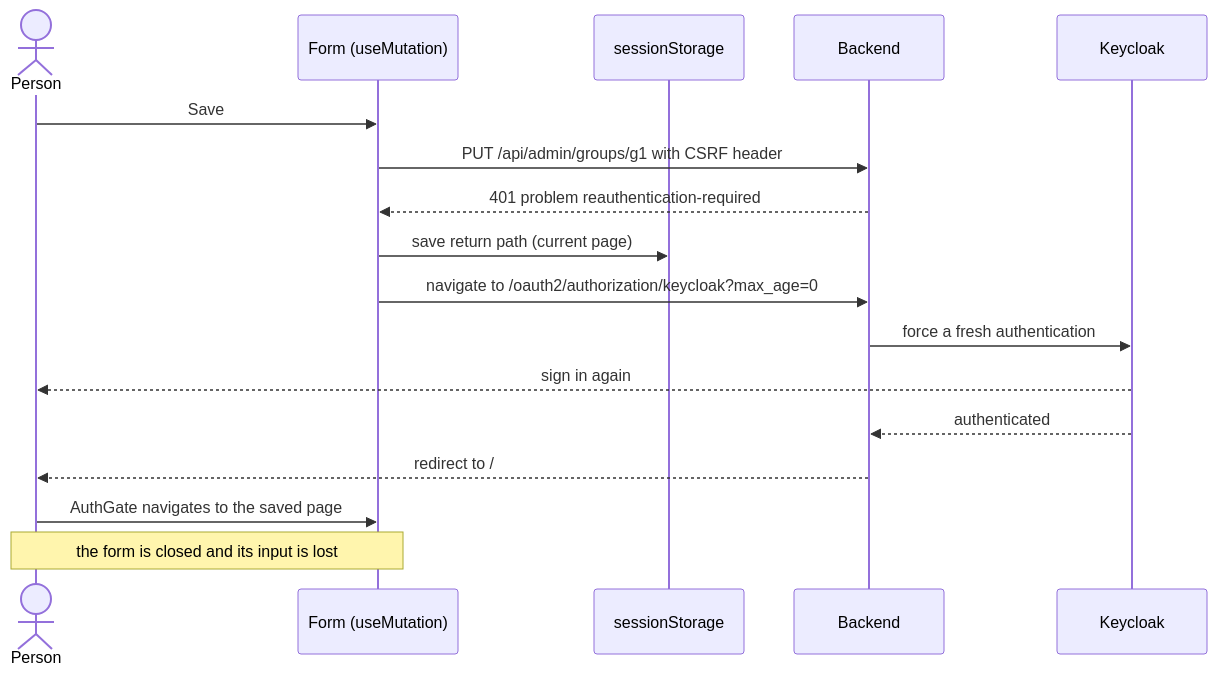
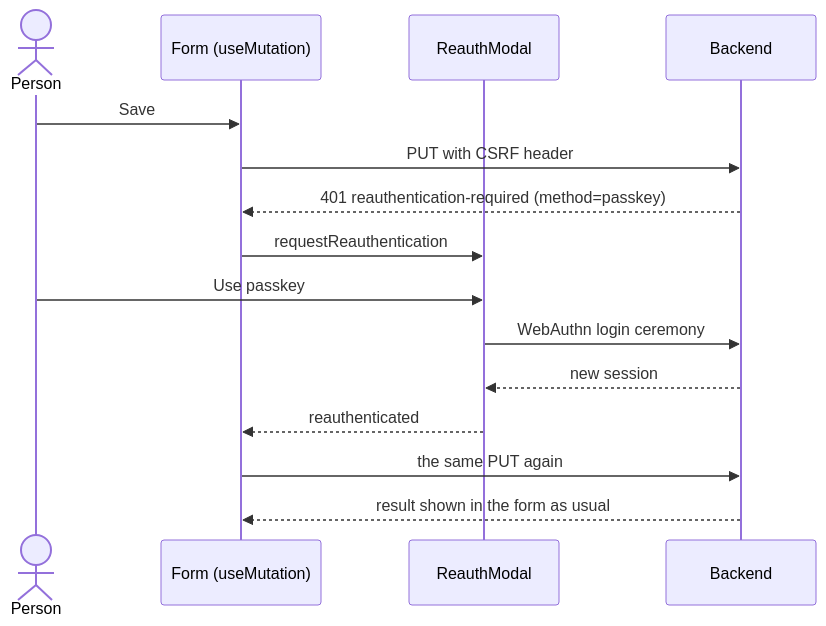
Before and after one commit to justin-tay/typescript-react-app-web-frontend-template: the seventh of 11 diagrams in docs/system-design/06-runtime-view.md, drawn with Mermaid. The commit also changed other lines of this file and 24 other files, not shown here.

Commit message:
feat: explain reauthentication and resume the form afterwards

````diff
--- a/docs/system-design/06-runtime-view.md
+++ b/docs/system-design/06-runtime-view.md
@@ -217,20 +254,18 @@
 ```mermaid
 sequenceDiagram
     actor P as Person
     participant F as Form (useMutation)
-    participant S as sessionStorage
+    participant M as ReauthModal
     participant B as Backend
-    participant K as Keycloak
 
     P->>F: Save
-    F->>B: PUT /api/admin/groups/g1 with CSRF header
-    B-->>F: 401 problem reauthentication-required
-    F->>S: save return path (current page)
-    F->>B: navigate to /oauth2/authorization/keycloak?max_age=0
-    B->>K: force a fresh authentication
-    K-->>P: sign in again
-    K-->>B: authenticated
-    B-->>P: redirect to /
-    P->>F: AuthGate navigates to the saved page
-    Note over P,F: the form is closed and its input is lost
+    F->>B: PUT with CSRF header
+    B-->>F: 401 reauthentication-required (method=passkey)
+    F->>M: requestReauthentication
+    P->>M: Use passkey
+    M->>B: WebAuthn login ceremony
+    B-->>M: new session
+    M-->>F: reauthenticated
+    F->>B: the same PUT again
+    B-->>F: result shown in the form as usual
 ```
````
